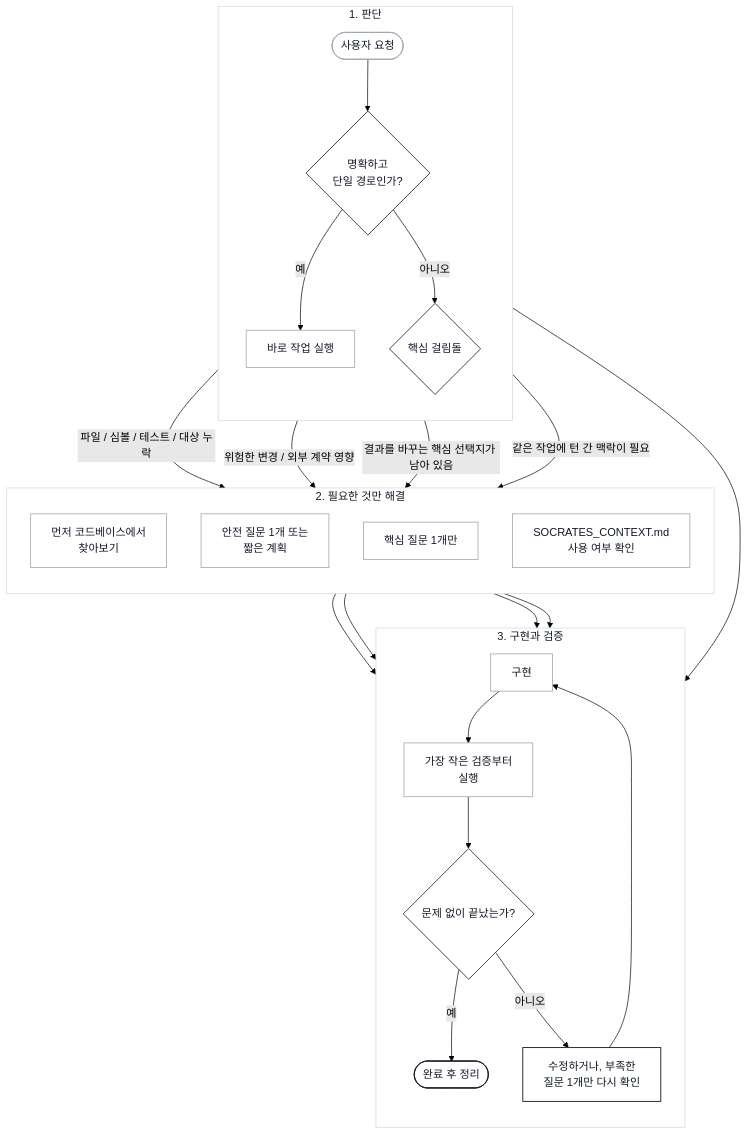
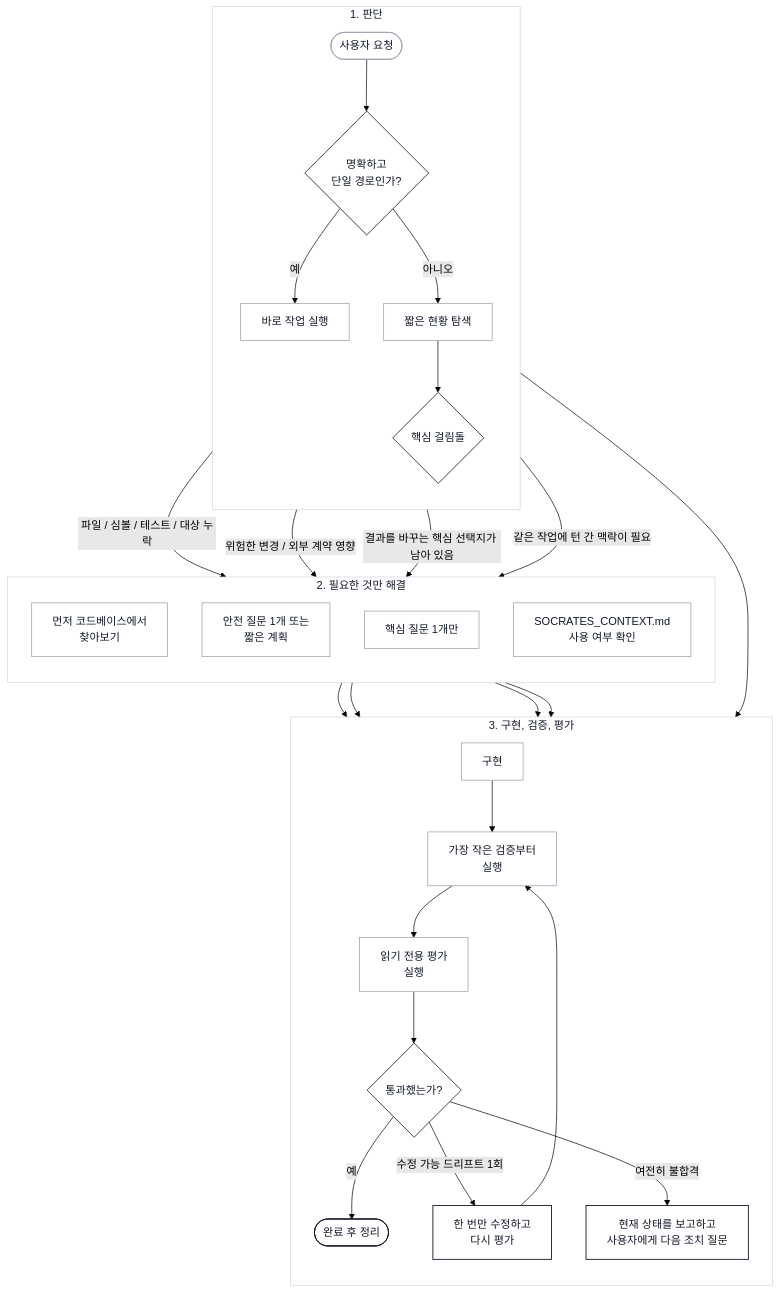
The diagram in README.ko.md (jiyeongjun/socrates-protocol), drawn with Mermaid (forest theme) before and after one commit. The commit also changed other lines of this file and 48 other files, not shown here.

````diff
--- a/README.ko.md
+++ b/README.ko.md
@@ -39,45 +39,48 @@
 ```mermaid
 flowchart TB
     classDef decision fill:#ffffff,stroke:#374151,stroke-width:1.4px,color:#111827;
     classDef action fill:#ffffff,stroke:#9ca3af,stroke-width:1.1px,color:#111827;
     classDef emphasis fill:#ffffff,stroke:#111827,stroke-width:1.3px,color:#111827;
 
     subgraph T["1. 판단"]
         direction TB
         A([사용자 요청]):::action --> B{명확하고<br/>단일 경로인가?}:::decision
         B -- 예 --> C[바로 작업 실행]:::action
-        B -- 아니오 --> D{핵심 걸림돌}:::decision
+        B -- 아니오 --> D[짧은 현황 탐색]:::action
+        D --> E{핵심 걸림돌}:::decision
     end
 
     subgraph R["2. 필요한 것만 해결"]
         direction TB
-        E[먼저 코드베이스에서<br/>찾아보기]:::action
-        F[안전 질문 1개 또는<br/>짧은 계획]:::action
-        G[핵심 질문 1개만]:::action
-        H[SOCRATES_CONTEXT.md<br/>사용 여부 확인]:::action
+        F[먼저 코드베이스에서<br/>찾아보기]:::action
+        G[안전 질문 1개 또는<br/>짧은 계획]:::action
+        H[핵심 질문 1개만]:::action
+        I[SOCRATES_CONTEXT.md<br/>사용 여부 확인]:::action
     end
 
-    subgraph X["3. 구현과 검증"]
+    subgraph X["3. 구현, 검증, 평가"]
         direction TB
-        I[구현]:::action --> J[가장 작은 검증부터<br/>실행]:::action
-        J --> K{문제 없이 끝났는가?}:::decision
-        K -- 예 --> L([완료 후 정리]):::emphasis
-        K -- 아니오 --> M[수정하거나, 부족한<br/>질문 1개만 다시 확인]:::emphasis
+        J[구현]:::action --> K[가장 작은 검증부터<br/>실행]:::action
+        K --> L[읽기 전용 평가<br/>실행]:::action
+        L --> M{통과했는가?}:::decision
+        M -- 예 --> N([완료 후 정리]):::emphasis
+        M -- 수정 가능 드리프트 1회 --> O[한 번만 수정하고<br/>다시 평가]:::emphasis
+        M -- 여전히 불합격 --> P[현재 상태를 보고하고<br/>사용자에게 다음 조치 질문]:::emphasis
     end
 
-    D -- 파일 / 심볼 / 테스트 / 대상 누락 --> E
-    D -- 위험한 변경 / 외부 계약 영향 --> F
-    D -- 결과를 바꾸는 핵심 선택지가 남아 있음 --> G
-    D -- 같은 작업에 턴 간 맥락이 필요 --> H
+    E -- 파일 / 심볼 / 테스트 / 대상 누락 --> F
+    E -- 위험한 변경 / 외부 계약 영향 --> G
+    E -- 결과를 바꾸는 핵심 선택지가 남아 있음 --> H
+    E -- 같은 작업에 턴 간 맥락이 필요 --> I
 
-    C --> J
-    E --> I
-    F --> I
-    G --> I
-    H --> I
-    M --> I
+    C --> K
+    F --> J
+    G --> J
+    H --> J
+    I --> J
+    O --> K
 
     style T fill:#ffffff,stroke:#d1d5db,stroke-width:1px,color:#111827
     style R fill:#ffffff,stroke:#d1d5db,stroke-width:1px,color:#111827
     style X fill:#ffffff,stroke:#d1d5db,stroke-width:1px,color:#111827
 ```
````
